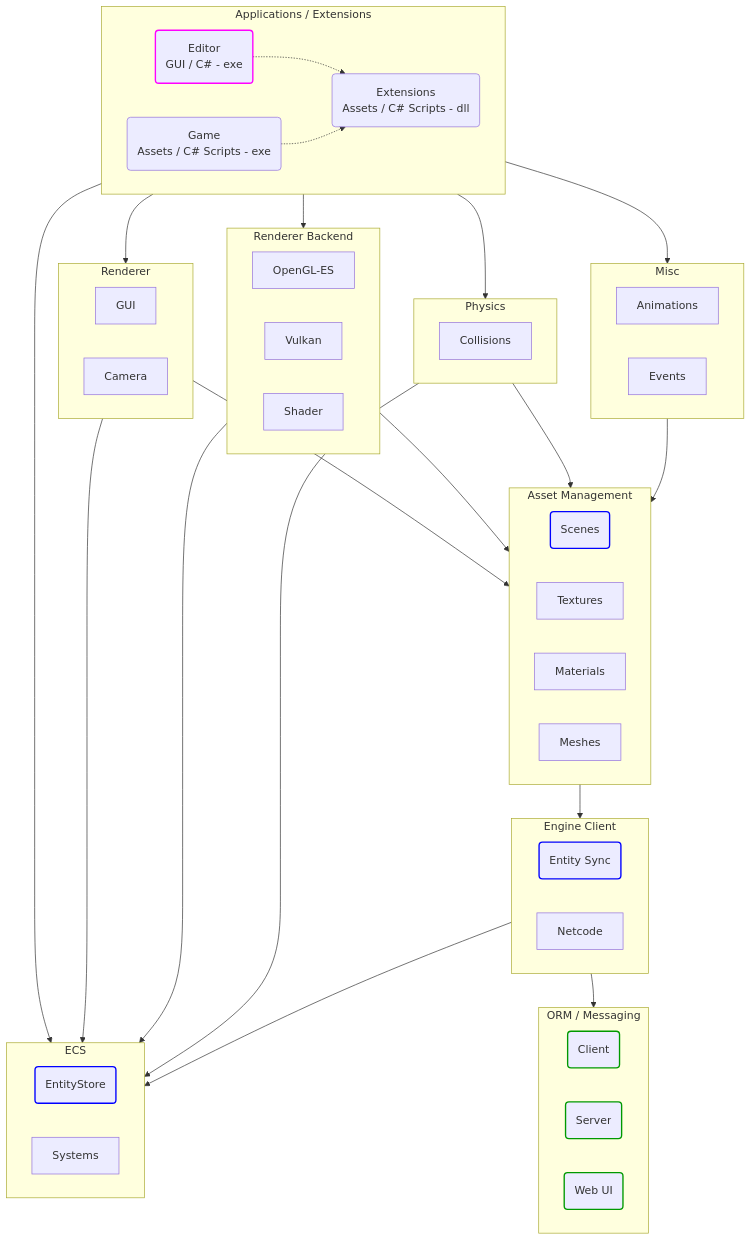
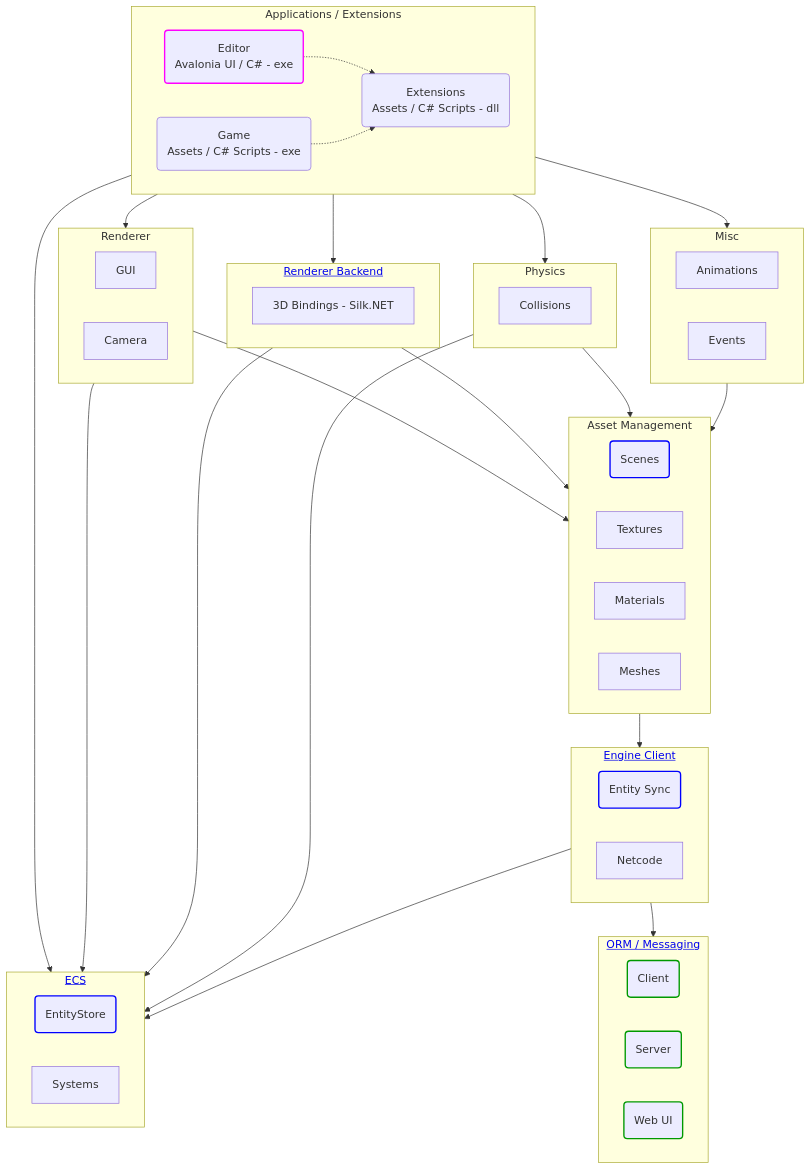
Before and after one commit to friflo/Friflo.Json.Fliox: the first of 4 diagrams in Engine/README.md, drawn with Mermaid. The commit also changed other lines of this file, not shown here.

Commit message:
Engine - update architecture diagram

````diff
--- a/Engine/README.md
+++ b/Engine/README.md
@@ -26,79 +26,77 @@
 ```mermaid
   graph TD;
     classDef finished       stroke:#090,stroke-width:2px;
     classDef implemented    stroke:#00f,stroke-width:2px;
     classDef wip            stroke:#f0f,stroke-width:2px;
 
     subgraph Applications[Applications / Extensions];
-        Editor(Editor<br/>GUI / C# - exe):::wip;
+        Editor(Editor<br/>Avalonia UI / C# - exe):::wip;
         Game(Game<br/>Assets / C# Scripts - exe);
         Extensions(Extensions<br/>Assets / C# Scripts - dll);
     end
 
     Editor  -.->Extensions;
     Game    -.->Extensions;
 
     subgraph Renderer;
         GUI
         Camera
     end
 
-    subgraph Backend[Renderer Backend];
-        OpenGL-ES
-        Vulkan
-        Shader
+    subgraph Backend[<a href='#renderer-backend'>Renderer Backend</a>];
+        Bindings[3D Bindings - Silk.NET];
     end
 
     subgraph Physics;
         Collisions
     end
     
     subgraph Misc;
         Animations
         Events
     end
 
     subgraph Assets[Asset Management];
         Scenes(Scenes):::implemented
         Textures
         Materials
         Meshes
         Animations
     end
 
-    subgraph Engine-Client[Engine Client];
+    subgraph Engine-Client[<a href='#ecs-client'>Engine Client</a>];
         Sync(Entity Sync):::implemented;
         Netcode;
     end
 
-    subgraph ORM[ORM / Messaging];
+    subgraph ORM[<a href='#ecs-client'>ORM / Messaging</a>];
         Client(Client):::finished
         Server(Server):::finished
         WebUI(Web UI):::finished
     end
 
-    subgraph ECS;
+    subgraph ECS[<a href='#ecs-client'>ECS</a>];
         EntityStore(EntityStore):::implemented
         Systems
     end
 
     Applications    -->Renderer
     Applications    -->Backend
     Applications    -->Physics
     Applications    -->Misc
     Applications    -->ECS
 
     Renderer        -->ECS
     Backend         -->ECS
     Physics         -->ECS
 
     Renderer        -->Assets
     Backend         -->Assets
     Physics         -->Assets
     Misc            -->Assets
 
     Assets          -->Engine-Client
 
     Engine-Client  -->ECS
     Engine-Client  -->ORM
 ```
````
